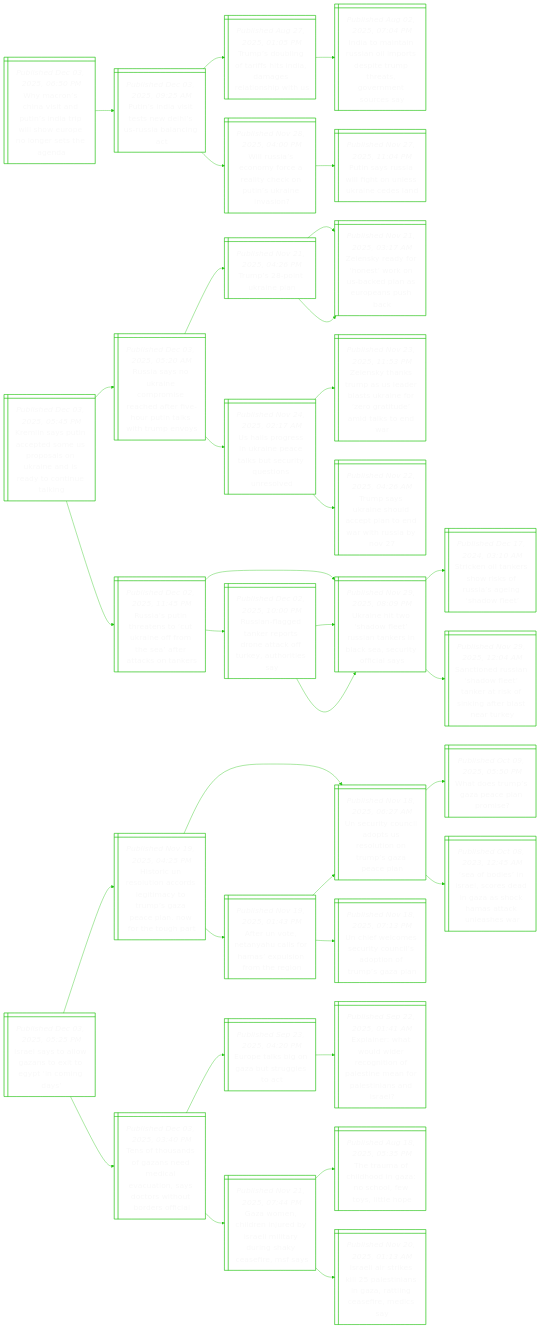
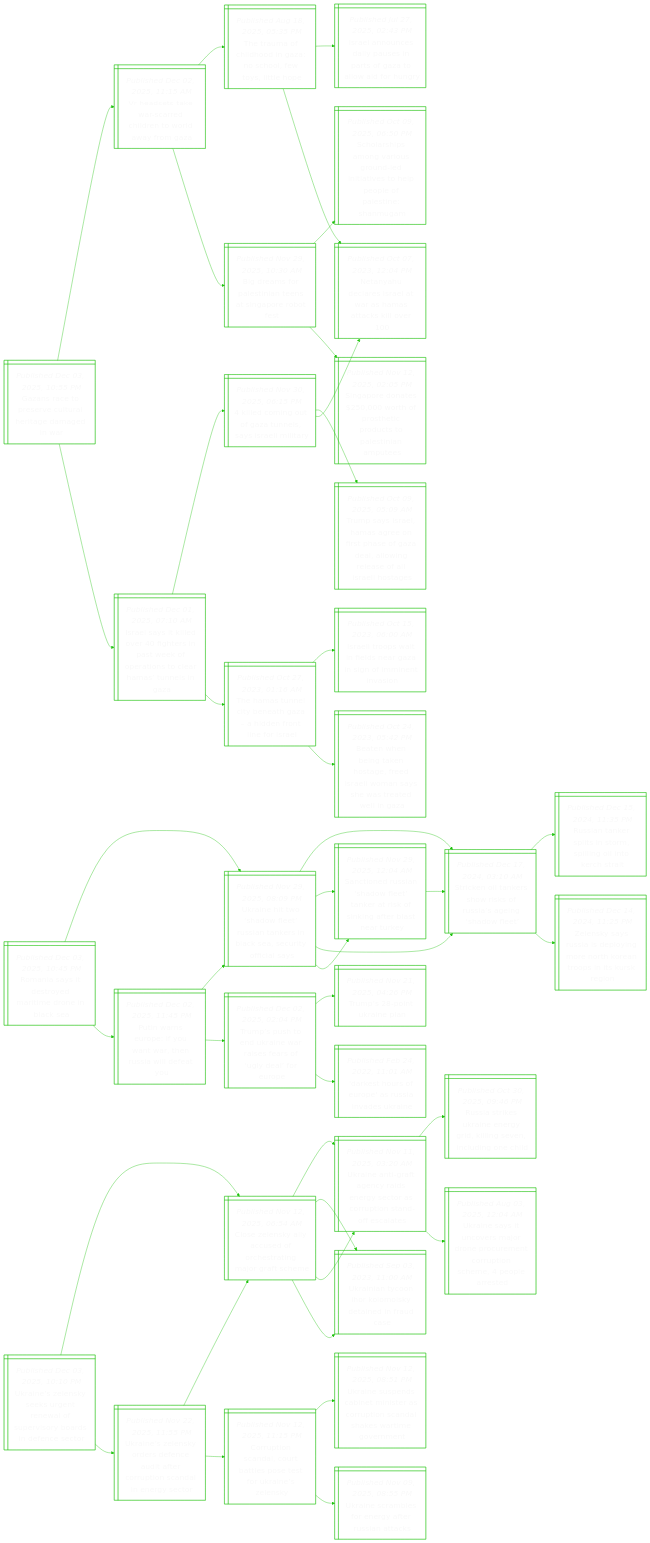
One commit to notJmes/notJmes changed the diagram in README.md. Above: the diagram before and after it, drawn with Mermaid. The commit also changed other lines of this file, not shown here.

````diff
--- a/README.md
+++ b/README.md
@@ -16,112 +16,133 @@
 flowchart LR
 classDef txtsize font-size:20px;
 
-WcCvatnrlwposhn@{ shape: win-pane, label: "_Published Dec 03, 2025, 06:50 PM_
-Why macron’s china visit and putin’s india trip will show europe no longer sets the agenda" }
-PsatseUsln@{ shape: win-pane, label: "_Published Dec 03, 2025, 09:25 AM_
-Putin’s india visit tests new delhi’s us-russia balancing act" }
-TslfftiaeopU@{ shape: win-pane, label: "_Published Aug 27, 2025, 01:05 PM_
-Trump’s doubling of tariffs hits india, damages relationship with us" }
-ItnRaitprhsrtcy@{ shape: win-pane, label: "_Published Aug 02, 2025, 07:04 PM_
-India to maintain russian oil imports despite trump threats, government sources say" }
-Wusoreyktkes@{ shape: win-pane, label: "_Published Nov 28, 2025, 04:00 PM_
-Will russia’s economy force a reality check on putin’s ukraine invasion?" }
-Psuwinsaea@{ shape: win-pane, label: "_Published Nov 27, 2025, 11:04 PM_
-Putin says russia will fight on unless ukraine cedes land" }
+Gstscrregw@{ shape: win-pane, label: "_Published Dec 03, 2025, 10:55 PM_
+Gazans race to preserve cultural heritage damaged in war" }
+Vdtarheowoa@{ shape: win-pane, label: "_Published Dec 02, 2025, 11:15 AM_
+Vr headsets take war-scarred children to world away from gaza" }
+Tafdiahesle@{ shape: win-pane, label: "_Published Aug 18, 2025, 05:35 PM_
+The trauma of childhood in gaza: no school, few toys, little hope" }
+IludpsrGowog@{ shape: win-pane, label: "_Published Jul 27, 2025, 02:43 PM_
+Israel announces daily pauses in parts of gaza to allow aid for hungry" }
+NyeeawHakl@{ shape: win-pane, label: "_Published Oct 07, 2023, 12:04 PM_
+Netanyahu declares israel at war as hamas attacks kill over 100" }
+BeoeieSpoe@{ shape: win-pane, label: "_Published Nov 29, 2025, 10:30 AM_
+Big dreams for palestinian teens at singapore robot fest" }
+Sapnirliiopelnnm@{ shape: win-pane, label: "_Published Oct 09, 2025, 06:50 PM_
+Scholarships among various ground-led initiatives to help people of palestine: shanmugam" }
+Sposhotoslnme@{ shape: win-pane, label: "_Published Nov 12, 2025, 02:05 PM_
+Singapore donates $250,000 worth of prosthetic products to palestinian amputees" }
+Ililehitornlausz@{ shape: win-pane, label: "_Published Dec 01, 2025, 07:10 AM_
+Israel says it killed over 40 fighters in past week of operations to clear hamas’ tunnels in gaza" }
+kdnoaeyair@{ shape: win-pane, label: "_Published Nov 30, 2025, 06:15 PM_
+4 killed coming out of gaza tunnels, says israeli military" }
+TssHaossaaorslaoe@{ shape: win-pane, label: "_Published Oct 09, 2025, 05:09 AM_
+Trump says israel, hamas agree on first phase of gaza deal, allowing release of all israeli hostages" }
+NyeeawHakl@{ shape: win-pane, label: "_Published Oct 07, 2023, 12:04 PM_
+Netanyahu declares israel at war as hamas attacks kill over 100" }
+TmninGhntfr@{ shape: win-pane, label: "_Published Oct 27, 2023, 01:16 AM_
+The hamas tunnel city beneath gaza – a hidden front line for israel" }
+Iloiinasfnno@{ shape: win-pane, label: "_Published Oct 15, 2023, 06:00 AM_
+Israeli troops wait in fields near gaza in sign of imminent invasion" }
+Bnbthgeaoaerdia@{ shape: win-pane, label: "_Published Oct 24, 2023, 05:42 PM_
+Beaten when being taken hostage, freed israeli woman says she was treated well in gaza" }
 
-WcCvatnrlwposhn:::txtsize --> PsatseUsln:::txtsize
-PsatseUsln:::txtsize --> TslfftiaeopU:::txtsize
-TslfftiaeopU:::txtsize --> ItnRaitprhsrtcy:::txtsize
-PsatseUsln:::txtsize --> Wusoreyktkes:::txtsize
-Wusoreyktkes:::txtsize --> Psuwinsaea:::txtsize
+Gstscrregw:::txtsize --> Vdtarheowoa:::txtsize
+Vdtarheowoa:::txtsize --> Tafdiahesle:::txtsize
+Tafdiahesle:::txtsize --> IludpsrGowog:::txtsize
+Tafdiahesle:::txtsize --> NyeeawHakl:::txtsize
+Vdtarheowoa:::txtsize --> BeoeieSpoe:::txtsize
+BeoeieSpoe:::txtsize --> Sapnirliiopelnnm:::txtsize
+BeoeieSpoe:::txtsize --> Sposhotoslnme:::txtsize
+Gstscrregw:::txtsize --> Ililehitornlausz:::txtsize
+Ililehitornlausz:::txtsize --> kdnoaeyair:::txtsize
+kdnoaeyair:::txtsize --> TssHaossaaorslaoe:::txtsize
+kdnoaeyair:::txtsize --> NyeeawHakl:::txtsize
+Ililehitornlausz:::txtsize --> TmninGhntfr:::txtsize
+TmninGhntfr:::txtsize --> Iloiinasfnno:::txtsize
+TmninGhntfr:::txtsize --> Bnbthgeaoaerdia:::txtsize
 
-Kisnpopsnidacnl@{ shape: win-pane, label: "_Published Dec 03, 2025, 05:45 PM_
-Kremlin says putin accepted some us proposals on ukraine and is ready to continue talking" }
-Ranaomedrhuaiuv@{ shape: win-pane, label: "_Published Dec 03, 2025, 05:20 AM_
-Russia says no ukraine compromise reached after five-hour putin talks with trump envoys" }
-Tstia@{ shape: win-pane, label: "_Published Nov 21, 2025, 04:26 PM_
-Trump’s 28-point ukraine plan" }
-Zsarskbdaosb@{ shape: win-pane, label: "_Published Nov 21, 2025, 03:17 AM_
-Zelensky ready for ‘honest’ work on us-backed plan as europeans push back" }
-Zsarskbdaosb@{ shape: win-pane, label: "_Published Nov 21, 2025, 03:17 AM_
-Zelensky ready for ‘honest’ work on us-backed plan as europeans push back" }
-Ulgiaeauuqinl@{ shape: win-pane, label: "_Published Nov 24, 2025, 02:17 AM_
-Us hails progress in ukraine peace talks but security questions unresolved" }
-ZsarsalUnzruikn@{ shape: win-pane, label: "_Published Nov 23, 2025, 11:53 PM_
-Zelensky thanks trump as us leader blasts ukraine for ‘zero gratitude’ amid talks to end war" }
-Tskeleanwub@{ shape: win-pane, label: "_Published Nov 22, 2025, 04:26 AM_
-Trump says ukraine should accept plan to end war with russia by nov 27" }
-Raiestiftarctr@{ shape: win-pane, label: "_Published Dec 02, 2025, 11:45 PM_
-Russia’s putin threatens to ‘cut ukraine off from the sea’ after attacks on tankers" }
+Risseidic@{ shape: win-pane, label: "_Published Dec 03, 2025, 10:45 PM_
+Romania says it destroyed maritime drone in black sea" }
+UntaluneBScyca@{ shape: win-pane, label: "_Published Nov 29, 2025, 08:09 PM_
+Ukraine hit two ‘shadow fleet’ russian tankers in black sea, security official says" }
+Skleokusnde@{ shape: win-pane, label: "_Published Dec 17, 2024, 03:10 AM_
+Stricken oil tankers show risks of russia’s ageing ‘shadow fleet’" }
+Raklnmliohi@{ shape: win-pane, label: "_Published Dec 15, 2024, 11:35 PM_
+Russian tanker splits in storm, spilling oil into kerch strait" }
+ZsysdyorrriKrn@{ shape: win-pane, label: "_Published Dec 14, 2024, 11:25 PM_
+Zelensky says russia is deploying more north korean troops in its kursk region" }
+SiRadentokfler@{ shape: win-pane, label: "_Published Nov 29, 2025, 12:04 AM_
+Sanctioned russian ‘shadow fleet’ tanker at risk of sinking after blast near turkey" }
+Skleokusnde@{ shape: win-pane, label: "_Published Dec 17, 2024, 03:10 AM_
+Stricken oil tankers show risks of russia’s ageing ‘shadow fleet’" }
+PwEeuwesleu@{ shape: win-pane, label: "_Published Dec 02, 2025, 11:45 PM_
+Putin warns europe: if you want war, then russia will defeat you" }
 UntaluneBScyca@{ shape: win-pane, label: "_Published Nov 29, 2025, 08:09 PM_
 Ukraine hit two ‘shadow fleet’ russian tankers in black sea, security official says" }
 Skleokusnde@{ shape: win-pane, label: "_Published Dec 17, 2024, 03:10 AM_
 Stricken oil tankers show risks of russia’s ageing ‘shadow fleet’" }
 SiRadentokfler@{ shape: win-pane, label: "_Published Nov 29, 2025, 12:04 AM_
 Sanctioned russian ‘shadow fleet’ tanker at risk of sinking after blast near turkey" }
-Ragartnafehiy@{ shape: win-pane, label: "_Published Dec 02, 2025, 10:00 PM_
-Russian-flagged tanker reports drone attack off turkey, authorities say" }
-UntaluneBScyca@{ shape: win-pane, label: "_Published Nov 29, 2025, 08:09 PM_
-Ukraine hit two ‘shadow fleet’ russian tankers in black sea, security official says" }
-UntaluneBScyca@{ shape: win-pane, label: "_Published Nov 29, 2025, 08:09 PM_
-Ukraine hit two ‘shadow fleet’ russian tankers in black sea, security official says" }
+TstUnrssllu@{ shape: win-pane, label: "_Published Dec 02, 2025, 02:04 PM_
+Trump’s push to end ukraine war raises fears of ‘ugly deal’ for europe" }
+Tstia@{ shape: win-pane, label: "_Published Nov 21, 2025, 04:26 PM_
+Trump’s 28-point ukraine plan" }
+DsruasvUn@{ shape: win-pane, label: "_Published Feb 24, 2022, 11:01 AM_
+'darkest hours of europe' as russia invades ukraine" }
 
-Kisnpopsnidacnl:::txtsize --> Ranaomedrhuaiuv:::txtsize
-Ranaomedrhuaiuv:::txtsize --> Tstia:::txtsize
-Tstia:::txtsize --> Zsarskbdaosb:::txtsize
-Tstia:::txtsize --> Zsarskbdaosb:::txtsize
-Ranaomedrhuaiuv:::txtsize --> Ulgiaeauuqinl:::txtsize
-Ulgiaeauuqinl:::txtsize --> ZsarsalUnzruikn:::txtsize
-Ulgiaeauuqinl:::txtsize --> Tskeleanwub:::txtsize
-Kisnpopsnidacnl:::txtsize --> Raiestiftarctr:::txtsize
-Raiestiftarctr:::txtsize --> UntaluneBScyca:::txtsize
+Risseidic:::txtsize --> UntaluneBScyca:::txtsize
+UntaluneBScyca:::txtsize --> Skleokusnde:::txtsize
+Skleokusnde:::txtsize --> Raklnmliohi:::txtsize
+Skleokusnde:::txtsize --> ZsysdyorrriKrn:::txtsize
+UntaluneBScyca:::txtsize --> SiRadentokfler:::txtsize
+SiRadentokfler:::txtsize --> Skleokusnde:::txtsize
+Risseidic:::txtsize --> PwEeuwesleu:::txtsize
+PwEeuwesleu:::txtsize --> UntaluneBScyca:::txtsize
 UntaluneBScyca:::txtsize --> Skleokusnde:::txtsize
 UntaluneBScyca:::txtsize --> SiRadentokfler:::txtsize
-Raiestiftarctr:::txtsize --> Ragartnafehiy:::txtsize
-Ragartnafehiy:::txtsize --> UntaluneBScyca:::txtsize
-Ragartnafehiy:::txtsize --> UntaluneBScyca:::txtsize
+PwEeuwesleu:::txtsize --> TstUnrssllu:::txtsize
+TstUnrssllu:::txtsize --> Tstia:::txtsize
+TstUnrssllu:::txtsize --> DsruasvUn:::txtsize
 
-Iltoaeotma@{ shape: win-pane, label: "_Published Dec 03, 2025, 05:25 PM_
-Israel says to allow gazans to exit to egypt ‘in coming days’" }
-HrruadicrGelwhgt@{ shape: win-pane, label: "_Published Nov 19, 2025, 04:25 PM_
-Historic un resolution accords legitimacy to trump’s gaza peace plan. now for the tough part" }
-UuCipruomzcn@{ shape: win-pane, label: "_Published Nov 18, 2025, 06:27 AM_
-Un security council adopts us resolution on trump’s gaza peace plan" }
-Wouaaam@{ shape: win-pane, label: "_Published Oct 09, 2025, 05:50 PM_
-What does trump’s gaza peace plan promise?" }
-Sbsrcdnacaale@{ shape: win-pane, label: "_Published Oct 08, 2023, 12:45 AM_
-‘sea of bodies’ in israel, scores dead in gaza as shock hamas attack unleashes war" }
-AUencfmpome@{ shape: win-pane, label: "_Published Nov 19, 2025, 01:43 PM_
-After un vote, netanyahu calls for hamas’ expulsion from the region" }
-UuCipruomzcn@{ shape: win-pane, label: "_Published Nov 18, 2025, 06:27 AM_
-Un security council adopts us resolution on trump’s gaza peace plan" }
-UecSiustfpa@{ shape: win-pane, label: "_Published Nov 18, 2025, 07:13 PM_
-Un chief welcomes security council’s adoption of trump’s gaza plan" }
-TfsoaeivtacWudfa@{ shape: win-pane, label: "_Published Dec 03, 2025, 03:40 PM_
-Tens of thousands of gazans need medical evacuation, says doctors without borders official" }
-Eesnbrec@{ shape: win-pane, label: "_Published Sep 23, 2025, 04:20 PM_
-Europe talks big on gaza but struggles to act" }
-Eihudctfsmoeina@{ shape: win-pane, label: "_Published Sep 22, 2025, 01:41 AM_
-Explainer: what would wider recognition of palestine mean for palestinians and israel?" }
-Goheuyelynksea@{ shape: win-pane, label: "_Published Nov 21, 2025, 07:44 PM_
-Gaza women, children injured by israeli military during shaky ceasefire, msf says" }
-Tafdiahesle@{ shape: win-pane, label: "_Published Aug 18, 2025, 05:35 PM_
-The trauma of childhood in gaza: no school, few toys, little hope" }
-IlselsaGansec@{ shape: win-pane, label: "_Published Nov 20, 2025, 01:13 AM_
-Israeli air strikes kill 25 palestinians in gaza, rattling ceasefire, medics say" }
+Unlysnefrrrdct@{ shape: win-pane, label: "_Published Dec 03, 2025, 10:10 PM_
+Ukraine’s zelensky seeks urgent renewal of supervisory boards in defence sector" }
+CZslufetarc@{ shape: win-pane, label: "_Published Nov 12, 2025, 06:54 AM_
+Close zelensky ally accused of orchestrating major graft scheme" }
+Unitcdrcsundst@{ shape: win-pane, label: "_Published Nov 11, 2025, 03:20 AM_
+Ukraine anti-graft agency raids energy sector as corruption stand-off escalates" }
+Rakreyknelgh@{ shape: win-pane, label: "_Published Oct 30, 2025, 09:46 PM_
+Russia strikes ukraine energy grid, killing seven, including one child" }
+Unscsreunroeore@{ shape: win-pane, label: "_Published Aug 03, 2025, 12:04 AM_
+Ukraine says it uncovers major drone procurement corruption scheme, 4 people arrested" }
+UnyIoieera@{ shape: win-pane, label: "_Published Sep 03, 2023, 11:00 AM_
+Ukrainian tycoon ihor kolomoisky detained in fraud case" }
+Unlyreufotclee@{ shape: win-pane, label: "_Published Nov 22, 2025, 11:55 PM_
+Ukraine’s zelensky orders defence audit after corruption scandal in energy sector" }
+CZslufetarc@{ shape: win-pane, label: "_Published Nov 12, 2025, 06:54 AM_
+Close zelensky ally accused of orchestrating major graft scheme" }
+Unitcdrcsundst@{ shape: win-pane, label: "_Published Nov 11, 2025, 03:20 AM_
+Ukraine anti-graft agency raids energy sector as corruption stand-off escalates" }
+UnyIoieera@{ shape: win-pane, label: "_Published Sep 03, 2023, 11:00 AM_
+Ukrainian tycoon ihor kolomoisky detained in fraud case" }
+CpsartosUnly@{ shape: win-pane, label: "_Published Nov 12, 2025, 11:15 PM_
+Corruption scandal, court battles pose test for ukraine’s zelensky" }
+UnpCeiaronhwmen@{ shape: win-pane, label: "_Published Nov 12, 2025, 08:51 PM_
+Ukraine suspends cabinet minister as corruption scandal shakes wartime government" }
+UnasnaRaa@{ shape: win-pane, label: "_Published Nov 09, 2025, 08:55 PM_
+Ukraine scrambles for energy after russian attacks" }
 
-Iltoaeotma:::txtsize --> HrruadicrGelwhgt:::txtsize
-HrruadicrGelwhgt:::txtsize --> UuCipruomzcn:::txtsize
-UuCipruomzcn:::txtsize --> Wouaaam:::txtsize
-UuCipruomzcn:::txtsize --> Sbsrcdnacaale:::txtsize
-HrruadicrGelwhgt:::txtsize --> AUencfmpome:::txtsize
-AUencfmpome:::txtsize --> UuCipruomzcn:::txtsize
-AUencfmpome:::txtsize --> UecSiustfpa:::txtsize
-Iltoaeotma:::txtsize --> TfsoaeivtacWudfa:::txtsize
-TfsoaeivtacWudfa:::txtsize --> Eesnbrec:::txtsize
-Eesnbrec:::txtsize --> Eihudctfsmoeina:::txtsize
-TfsoaeivtacWudfa:::txtsize --> Goheuyelynksea:::txtsize
-Goheuyelynksea:::txtsize --> Tafdiahesle:::txtsize
-Goheuyelynksea:::txtsize --> IlselsaGansec:::txtsize
+Unlysnefrrrdct:::txtsize --> CZslufetarc:::txtsize
+CZslufetarc:::txtsize --> Unitcdrcsundst:::txtsize
+Unitcdrcsundst:::txtsize --> Rakreyknelgh:::txtsize
+Unitcdrcsundst:::txtsize --> Unscsreunroeore:::txtsize
+CZslufetarc:::txtsize --> UnyIoieera:::txtsize
+Unlysnefrrrdct:::txtsize --> Unlyreufotclee:::txtsize
+Unlyreufotclee:::txtsize --> CZslufetarc:::txtsize
+CZslufetarc:::txtsize --> Unitcdrcsundst:::txtsize
+CZslufetarc:::txtsize --> UnyIoieera:::txtsize
+Unlyreufotclee:::txtsize --> CpsartosUnly:::txtsize
+CpsartosUnly:::txtsize --> UnpCeiaronhwmen:::txtsize
+CpsartosUnly:::txtsize --> UnasnaRaa:::txtsize
 
 ```
````
